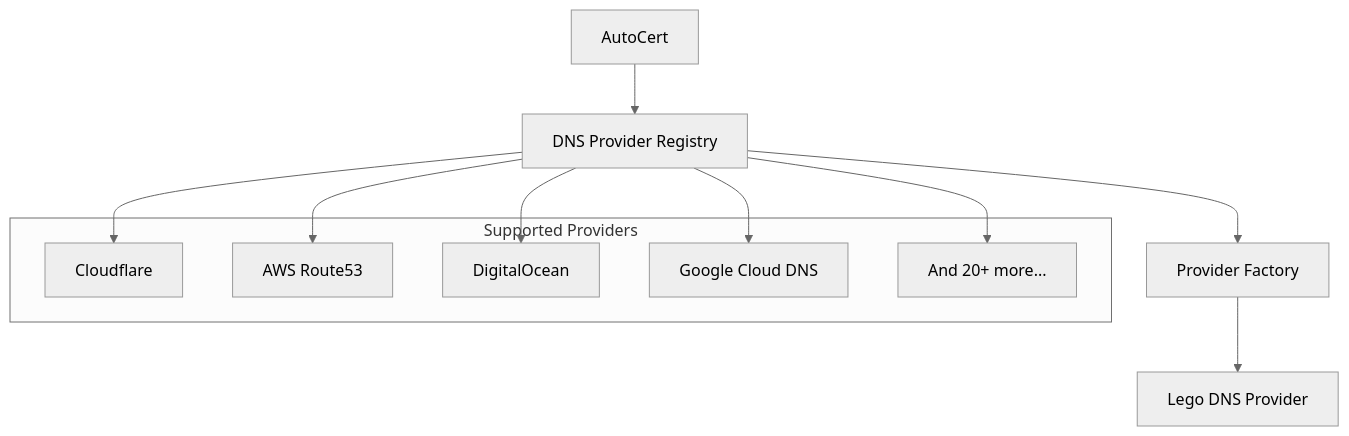
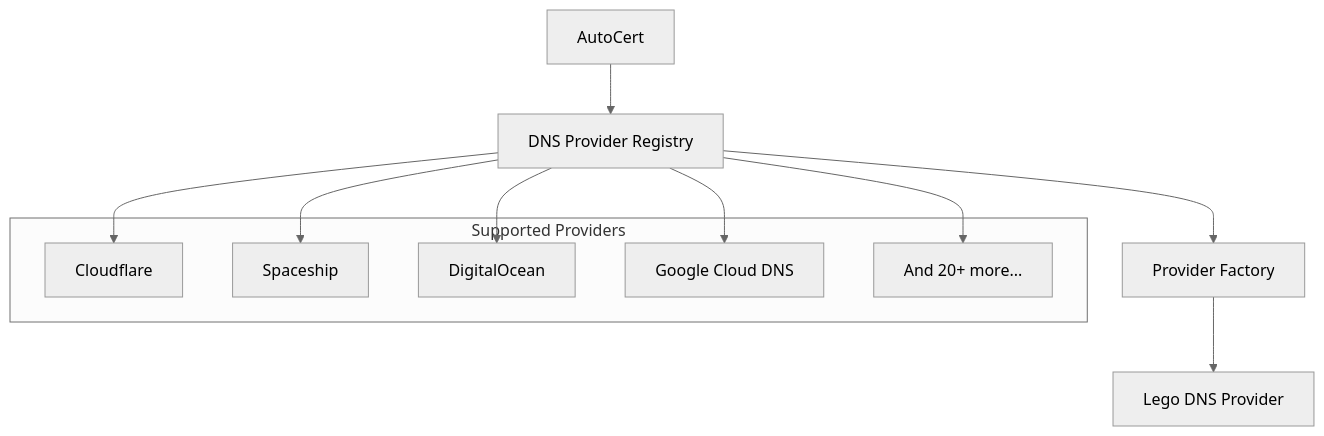
One commit to yusing/godoxy-wiki changed the first of 2 diagrams in content/docs/impl/internal-dnsproviders.mdx. Above: the diagram before and after it, drawn with Mermaid (neutral theme). The commit also changed other lines of this file and 2 other files, not shown here.

````diff
--- a/content/docs/impl/internal-dnsproviders.mdx
+++ b/content/docs/impl/internal-dnsproviders.mdx
@@ -60,20 +60,20 @@
 ```mermaid
 graph TD
     A[AutoCert] --> B[DNS Provider Registry]
     B --> C[Provider Factory]
     C --> D[Lego DNS Provider]
 
     subgraph Supported Providers
         E[Cloudflare]
-        F[AWS Route53]
+        F[Spaceship]
         G[DigitalOcean]
         H[Google Cloud DNS]
         I[And 20+ more...]
     end
 
     B --> E
     B --> F
     B --> G
     B --> H
     B --> I
 ```
````
